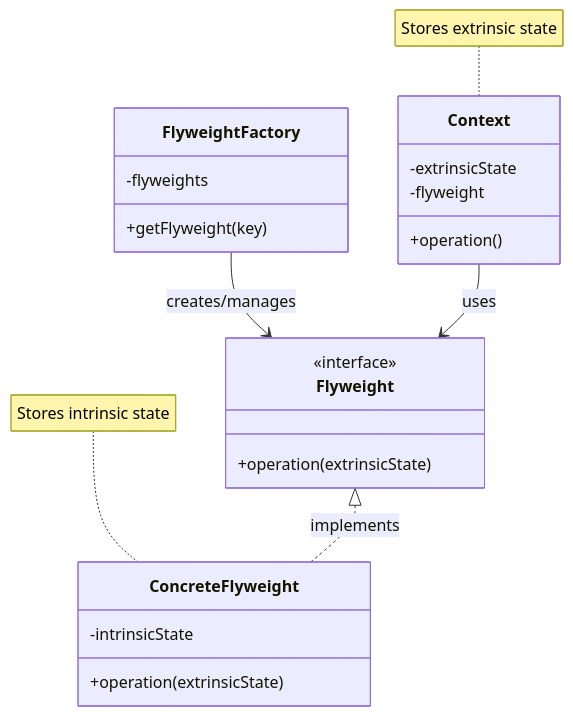
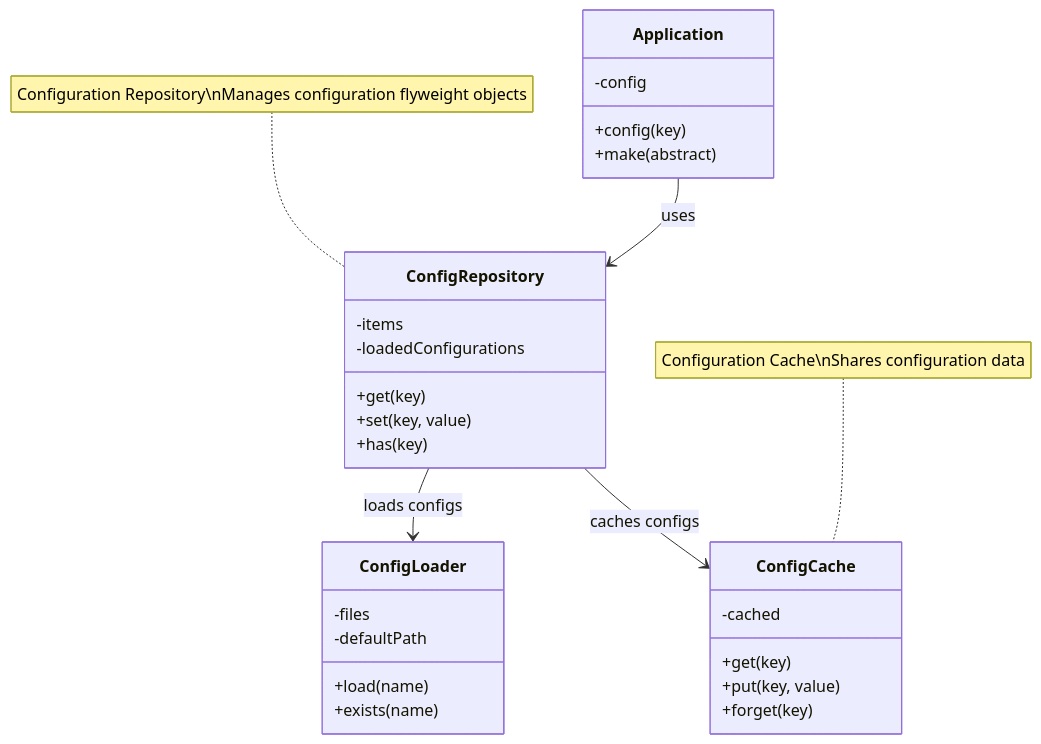
The first of 2 diagrams in resources/design-patterns/laravel/structural/flyweight_en.md (fanly/DesignPattern), drawn with Mermaid before and after one commit. The commit also changed other lines of this file and 22 other files, not shown here.

````diff
--- a/resources/design-patterns/laravel/structural/flyweight_en.md
+++ b/resources/design-patterns/laravel/structural/flyweight_en.md
@@ -11,30 +10,37 @@
 ```mermaid
 classDiagram
-    class FlyweightFactory {
-        -flyweights
-        +getFlyweight(key)
+    class ConfigRepository {
+        -items
+        -loadedConfigurations
+        +get(key)
+        +set(key, value)
+        +has(key)
     }
     
-    class Flyweight {
-        <<interface>>
-        +operation(extrinsicState)
+    class ConfigLoader {
+        -files
+        -defaultPath
+        +load(name)
+        +exists(name)
     }
     
-    class ConcreteFlyweight {
-        -intrinsicState
-        +operation(extrinsicState)
+    class ConfigCache {
+        -cached
+        +get(key)
+        +put(key, value)
+        +forget(key)
     }
     
-    class Context {
-        -extrinsicState
-        -flyweight
-        +operation()
+    class Application {
+        -config
+        +config(key)
+        +make(abstract)
     }
     
-    FlyweightFactory --> Flyweight : creates/manages
-    Flyweight <|.. ConcreteFlyweight : implements
-    Context --> Flyweight : uses
+    ConfigRepository --> ConfigLoader : loads configs
+    ConfigRepository --> ConfigCache : caches configs
+    Application --> ConfigRepository : uses
     
-    note for ConcreteFlyweight "Stores intrinsic state"
-    note for Context "Stores extrinsic state"
+    note for ConfigRepository "Configuration Repository\nManages configuration flyweight objects"
+    note for ConfigCache "Configuration Cache\nShares configuration data"
 ```
````
